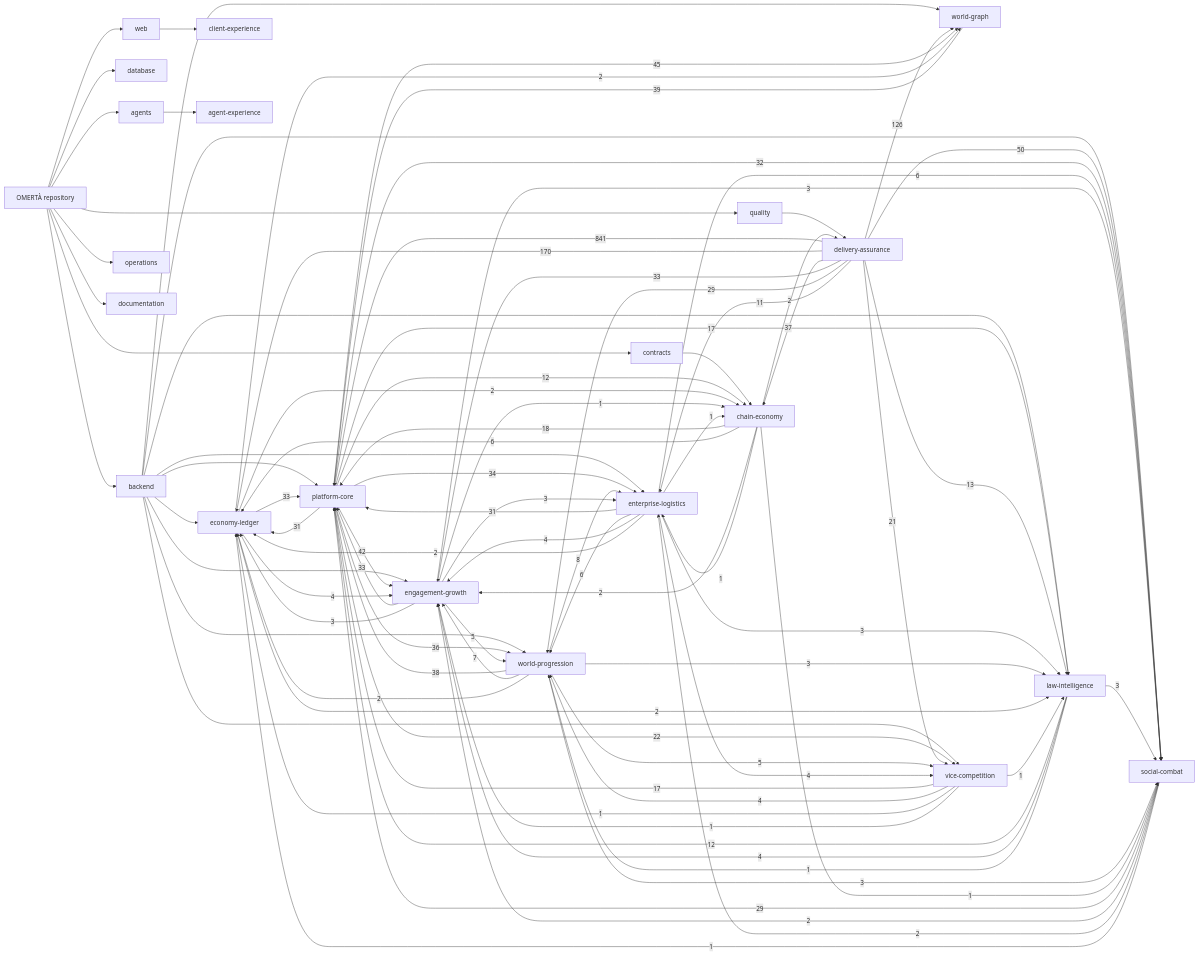
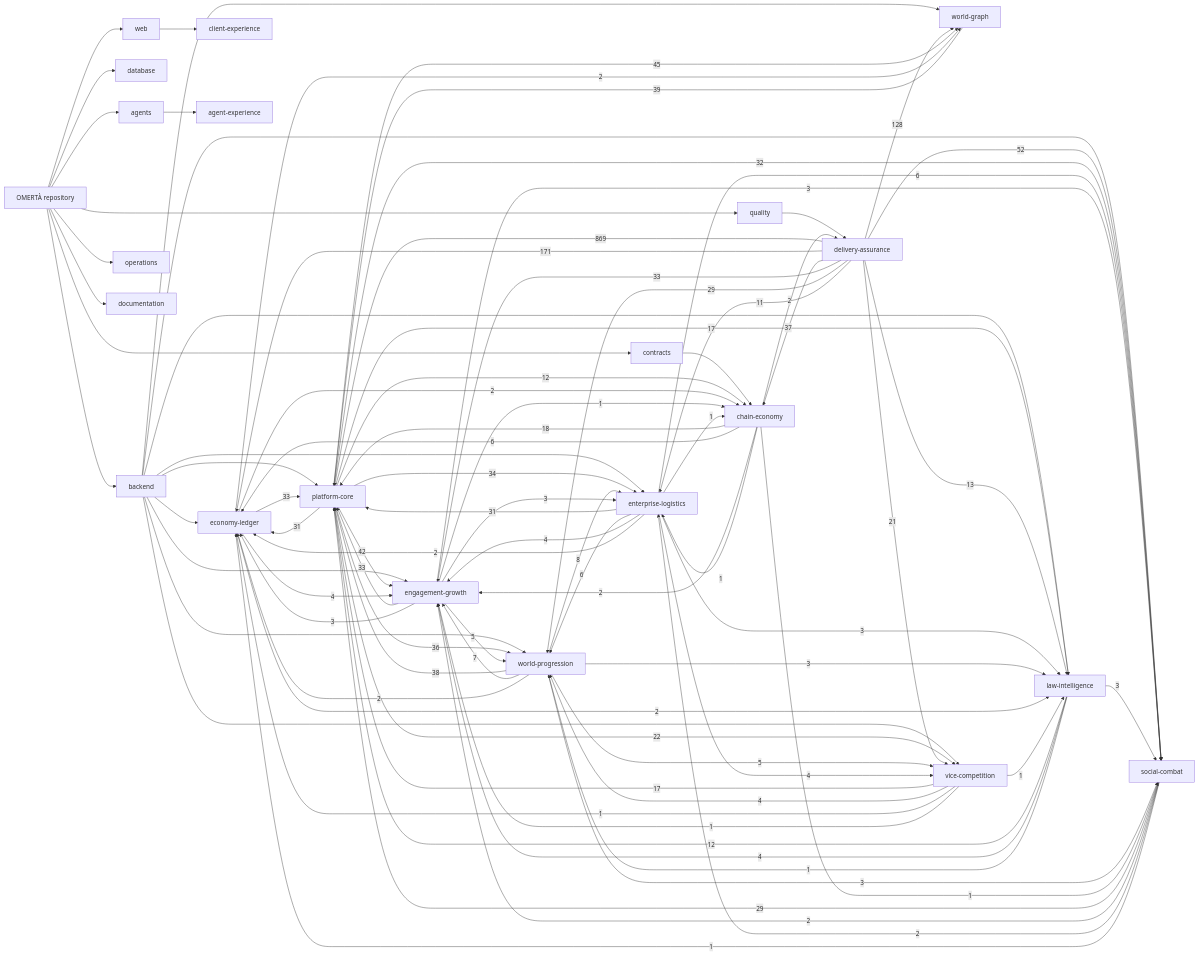
The diagram in knowledge/generated/graph.mmd (OmertaDev/Omerta), drawn with Mermaid before and after one commit. The commit also changed 8 other files, not shown here.

```diff
--- a/knowledge/generated/graph.mmd
+++ b/knowledge/generated/graph.mmd
@@ -1,109 +1,109 @@
 flowchart LR
   repo["OMERTÀ repository"]
   sub_backend["backend"]
   repo --> sub_backend
   sub_database["database"]
   repo --> sub_database
   sub_web["web"]
   repo --> sub_web
   sub_contracts["contracts"]
   repo --> sub_contracts
   sub_agents["agents"]
   repo --> sub_agents
   sub_quality["quality"]
   repo --> sub_quality
   sub_operations["operations"]
   repo --> sub_operations
   sub_documentation["documentation"]
   repo --> sub_documentation
   dom_platform-core["platform-core"]
   dom_economy-ledger["economy-ledger"]
   dom_social-combat["social-combat"]
   dom_world-progression["world-progression"]
   dom_world-graph["world-graph"]
   dom_enterprise-logistics["enterprise-logistics"]
   dom_vice-competition["vice-competition"]
   dom_law-intelligence["law-intelligence"]
   dom_chain-economy["chain-economy"]
   dom_engagement-growth["engagement-growth"]
   dom_client-experience["client-experience"]
   dom_agent-experience["agent-experience"]
   dom_delivery-assurance["delivery-assurance"]
   sub_agents --> dom_agent-experience
   sub_backend --> dom_economy-ledger
   sub_backend --> dom_engagement-growth
   sub_backend --> dom_enterprise-logistics
   sub_backend --> dom_law-intelligence
   sub_backend --> dom_platform-core
   sub_backend --> dom_social-combat
   sub_backend --> dom_vice-competition
   sub_backend --> dom_world-graph
   sub_backend --> dom_world-progression
   sub_contracts --> dom_chain-economy
   sub_quality --> dom_delivery-assurance
   sub_web --> dom_client-experience
-  dom_delivery-assurance -->|841| dom_platform-core
-  dom_delivery-assurance -->|170| dom_economy-ledger
-  dom_delivery-assurance -->|126| dom_world-graph
-  dom_delivery-assurance -->|50| dom_social-combat
+  dom_delivery-assurance -->|869| dom_platform-core
+  dom_delivery-assurance -->|171| dom_economy-ledger
+  dom_delivery-assurance -->|128| dom_world-graph
+  dom_delivery-assurance -->|52| dom_social-combat
   dom_platform-core -->|45| dom_world-graph
   dom_platform-core -->|42| dom_engagement-growth
   dom_world-graph -->|39| dom_platform-core
   dom_world-progression -->|38| dom_platform-core
   dom_delivery-assurance -->|37| dom_chain-economy
   dom_platform-core -->|36| dom_world-progression
   dom_platform-core -->|34| dom_enterprise-logistics
   dom_delivery-assurance -->|33| dom_engagement-growth
   dom_economy-ledger -->|33| dom_platform-core
   dom_engagement-growth -->|33| dom_platform-core
   dom_platform-core -->|32| dom_social-combat
   dom_enterprise-logistics -->|31| dom_platform-core
   dom_platform-core -->|31| dom_economy-ledger
   dom_delivery-assurance -->|29| dom_world-progression
   dom_social-combat -->|29| dom_platform-core
   dom_platform-core -->|22| dom_vice-competition
   dom_delivery-assurance -->|21| dom_vice-competition
   dom_chain-economy -->|18| dom_platform-core
   dom_platform-core -->|17| dom_law-intelligence
   dom_vice-competition -->|17| dom_platform-core
   dom_delivery-assurance -->|13| dom_law-intelligence
   dom_law-intelligence -->|12| dom_platform-core
   dom_platform-core -->|12| dom_chain-economy
   dom_delivery-assurance -->|11| dom_enterprise-logistics
   dom_world-progression -->|8| dom_enterprise-logistics
   dom_world-progression -->|7| dom_engagement-growth
   dom_chain-economy -->|6| dom_economy-ledger
   dom_enterprise-logistics -->|6| dom_social-combat
   dom_enterprise-logistics -->|6| dom_world-progression
   dom_engagement-growth -->|5| dom_world-progression
   dom_world-progression -->|5| dom_vice-competition
   dom_economy-ledger -->|4| dom_engagement-growth
   dom_enterprise-logistics -->|4| dom_engagement-growth
   dom_enterprise-logistics -->|4| dom_vice-competition
   dom_law-intelligence -->|4| dom_engagement-growth
   dom_vice-competition -->|4| dom_world-progression
   dom_engagement-growth -->|3| dom_economy-ledger
   dom_engagement-growth -->|3| dom_enterprise-logistics
   dom_engagement-growth -->|3| dom_social-combat
   dom_enterprise-logistics -->|3| dom_law-intelligence
   dom_law-intelligence -->|3| dom_social-combat
   dom_world-progression -->|3| dom_law-intelligence
   dom_world-progression -->|3| dom_social-combat
   dom_chain-economy -->|2| dom_delivery-assurance
   dom_chain-economy -->|2| dom_engagement-growth
   dom_economy-ledger -->|2| dom_chain-economy
   dom_economy-ledger -->|2| dom_law-intelligence
   dom_economy-ledger -->|2| dom_world-graph
   dom_enterprise-logistics -->|2| dom_economy-ledger
   dom_social-combat -->|2| dom_engagement-growth
   dom_social-combat -->|2| dom_enterprise-logistics
   dom_world-progression -->|2| dom_economy-ledger
   dom_chain-economy -->|1| dom_enterprise-logistics
   dom_chain-economy -->|1| dom_social-combat
   dom_engagement-growth -->|1| dom_chain-economy
   dom_enterprise-logistics -->|1| dom_chain-economy
   dom_law-intelligence -->|1| dom_world-progression
   dom_social-combat -->|1| dom_economy-ledger
   dom_vice-competition -->|1| dom_economy-ledger
   dom_vice-competition -->|1| dom_engagement-growth
   dom_vice-competition -->|1| dom_law-intelligence
```
